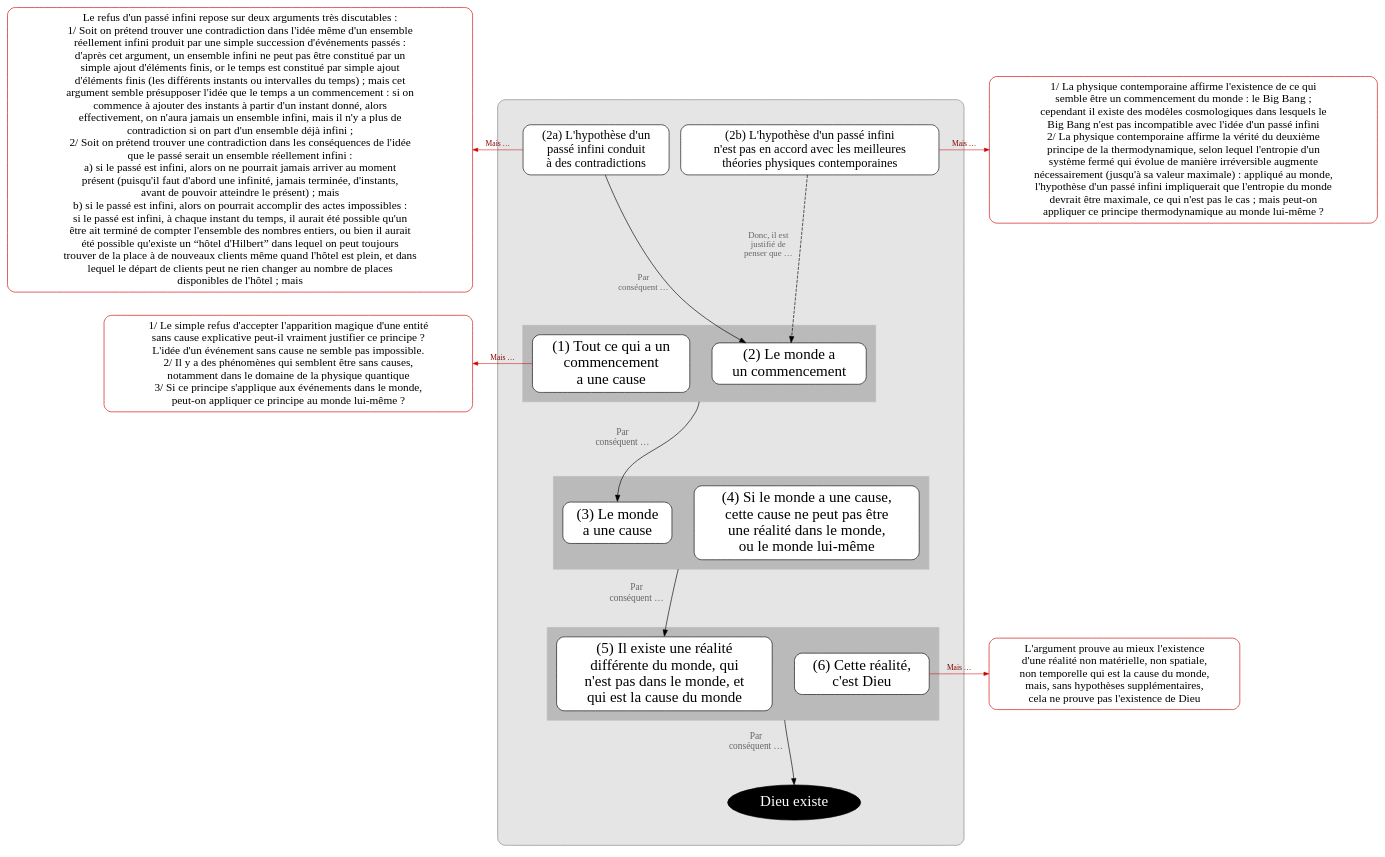
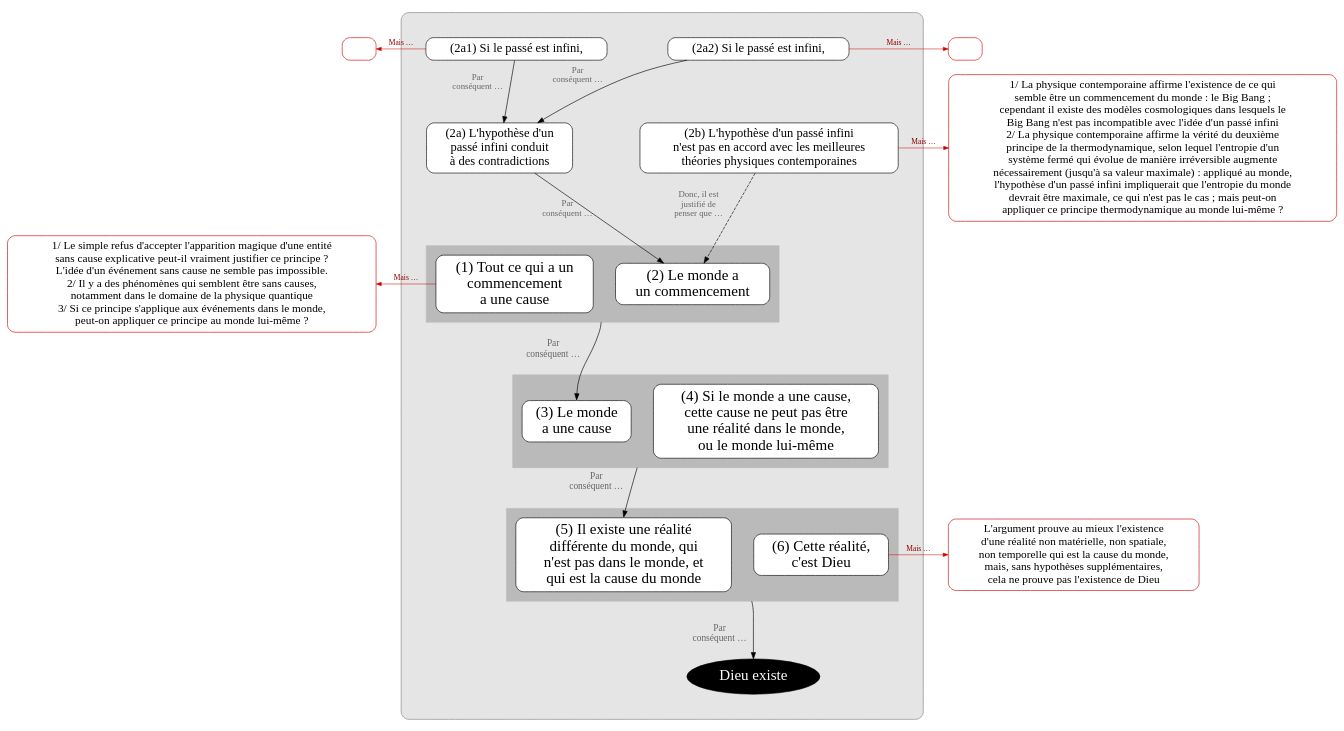
The diagram in argument/argument-cosmologique2.dot (eyssette/graphviz-examples), drawn with Graphviz before and after one commit.

```diff
--- a/argument/argument-cosmologique2.dot
+++ b/argument/argument-cosmologique2.dot
@@ -1,159 +1,147 @@
 digraph G {
 splines=true
 newrank=true
 compound=true
-
+ranksep=0.3
 
 node[color=red3, style="rounded, filled", shape="box", fillcolor=white, penwidth=1, fontcolor=black, fontsize=18, margin=0.1]
 
-o2a[label="Le refus d'un passé infini repose sur deux arguments très discutables :
-1/ Soit on prétend trouver une contradiction dans l'idée même d'un ensemble 
-réellement infini produit par une simple succession d'événements passés : 
-d'après cet argument, un ensemble infini ne peut pas être constitué par un 
-simple ajout d'éléments finis, or le temps est constitué par simple ajout 
-d'éléments finis (les différents instants ou intervalles du temps) ; mais cet 
-argument semble présupposer l'idée que le temps a un commencement : si on 
-commence à ajouter des instants à partir d'un instant donné, alors 
-effectivement, on n'aura jamais un ensemble infini, mais il n'y a plus de 
-contradiction si on part d'un ensemble déjà infini ;
-2/ Soit on prétend trouver une contradiction dans les conséquences de l'idée 
-que le passé serait un ensemble réellement infini :
-a) si le passé est infini, alors on ne pourrait jamais arriver au moment 
-présent (puisqu'il faut d'abord une infinité, jamais terminée, d'instants, 
-avant de pouvoir atteindre le présent) ; mais
-b) si le passé est infini, alors on pourrait accomplir des actes impossibles : 
-si le passé est infini, à chaque instant du temps, il aurait été possible qu'un 
-être ait terminé de compter l'ensemble des nombres entiers, ou bien il aurait 
-été possible qu'existe un “hôtel d'Hilbert” dans lequel on peut toujours 
-trouver de la place à de nouveaux clients même quand l'hôtel est plein, et dans 
-lequel le départ de clients peut ne rien changer au nombre de places 
-disponibles de l'hôtel ; mais "]
+o2a1[label=""]
 
 o1[label="1/ Le simple refus d'accepter l'apparition magique d'une entité
 sans cause explicative peut-il vraiment justifier ce principe ?
 L'idée d'un événement sans cause ne semble pas impossible.
 2/ Il y a des phénomènes qui semblent être sans causes,
 notamment dans le domaine de la physique quantique
 3/ Si ce principe s'applique aux événements dans le monde,
 peut-on appliquer ce principe au monde lui-même ?"]
 
 node[shape=box, fillcolor=white, style="filled,rounded", color=black, fontsize=24, penwidth=1,fontcolor=black, margin=0.1]
 edge[minlen=2,color=red3, penwidth=0.8, arrowsize=0.8, label=" Mais …", fontcolor=red4,fontsize=12]
 {rank=same;o1->p1[dir=back]}
 
 
 
 
 subgraph cluster_0 {
 bgcolor=grey90
 style=rounded
 color=grey50
 margin=40
 
 
 
 node[shape=box, fillcolor=white, style="filled,rounded", color=black]
 edge[label="",xlabel="Par
 conséquent …",fontcolor=grey40;fontsize=15,minlen=3,color=black,penwidth=1, arrowsize=1]
 
 
 {
 node[fontsize=20]
+p2a2[label="(2a2) Si le passé est infini, "]
+p2a1[label="(2a1) Si le passé est infini, "]
+
 p2b[label="(2b) L'hypothèse d'un passé infini
 n'est pas en accord avec les meilleures
 théories physiques contemporaines"]
 p2a[label="(2a) L'hypothèse d'un
 passé infini conduit 
 à des contradictions"]
 }
 
+p2a2->p2a[minlen=1, fontsize=14]
+p2a1->p2a[minlen=1, fontsize=14]
 p2a->p2[minlen=1, fontsize=14]
 p2b->p2[style="dashed", xlabel="Donc, il est
 justifié de
 penser que …",minlen=1, fontsize=14]
+{rank=same;p2a->p2b[style=invis,minlen=3]}
 
 subgraph cluster_1 {
 style="box"
 margin=15
 bgcolor=grey73
 color=grey73
 p1[label="(1) Tout ce qui a un
 commencement
 a une cause"]
 
 p2[label="(2) Le monde a
 un commencement"]
 }
 
 //p1->p2[style=invis,xlabel="",minlen=1]
 {rank=same;p1->p2[style=invis,xlabel="",minlen=1]}
 
 p2:w->p3:n[ltail=cluster_1]
 //p2:w->p3:n[ltail=cluster_1]
 
 
 subgraph cluster_2 {
 style="box"
 margin=15
 bgcolor=grey73
 color=grey73
 p3[label="(3) Le monde
 a une cause"]
 p4[label="(4) Si le monde a une cause,
 cette cause ne peut pas être
 une réalité dans le monde,
 ou le monde lui-même"]
 }
 {rank=same;p3->p4[style=invis,xlabel="",minlen=1]}
 
 p4:w->p5:n[ltail=cluster_2]
 
 
 subgraph cluster_3 {
 style="box"
 margin=15
 bgcolor=grey73
 color=grey73
 p5[label="(5) Il existe une réalité
 différente du monde, qui
 n'est pas dans le monde, et
 qui est la cause du monde"]
 p6[label="(6) Cette réalité,
 c'est Dieu"]
 }
 
 {rank=same;p5->p6[style=invis,xlabel="",minlen=1]}
 
-p6:w->C:n[ltail=cluster_3]
+p6:w->C:n[ltail=cluster_3,minlen=4]
 
 C[label="Dieu existe",fillcolor=black, fontcolor=white, color=black, shape=ellipse]
 
 
 }
 
 node[color=red3, style="rounded, filled", shape="box", fillcolor=white, penwidth=1, fontcolor=black, fontsize=18, margin=0.1]
 
 o2b[label="1/ La physique contemporaine affirme l'existence de ce qui
 semble être un commencement du monde : le Big Bang ;
 cependant il existe des modèles cosmologiques dans lesquels le
 Big Bang n'est pas incompatible avec l'idée d'un passé infini
 2/ La physique contemporaine affirme la vérité du deuxième
 principe de la thermodynamique, selon lequel l'entropie d'un
 système fermé qui évolue de manière irréversible augmente
 nécessairement (jusqu'à sa valeur maximale) : appliqué au monde,
 l'hypothèse d'un passé infini impliquerait que l'entropie du monde
 devrait être maximale, ce qui n'est pas le cas ; mais peut-on
 appliquer ce principe thermodynamique au monde lui-même ?"]
 {rank=same;p2b->o2b}
 
 o6[label="L'argument prouve au mieux l'existence
 d'une réalité non matérielle, non spatiale,
 non temporelle qui est la cause du monde,
 mais, sans hypothèses supplémentaires,
 cela ne prouve pas l'existence de Dieu"]
 {rank=same;p6->o6}
 
+o2a2[label=""]
 
-{rank=same;o2a->p2a[dir=back]}
+{rank=same;p2a2->o2a2}
+
+{rank=same;o2a1->p2a1[dir=back]}
 
 }
```
